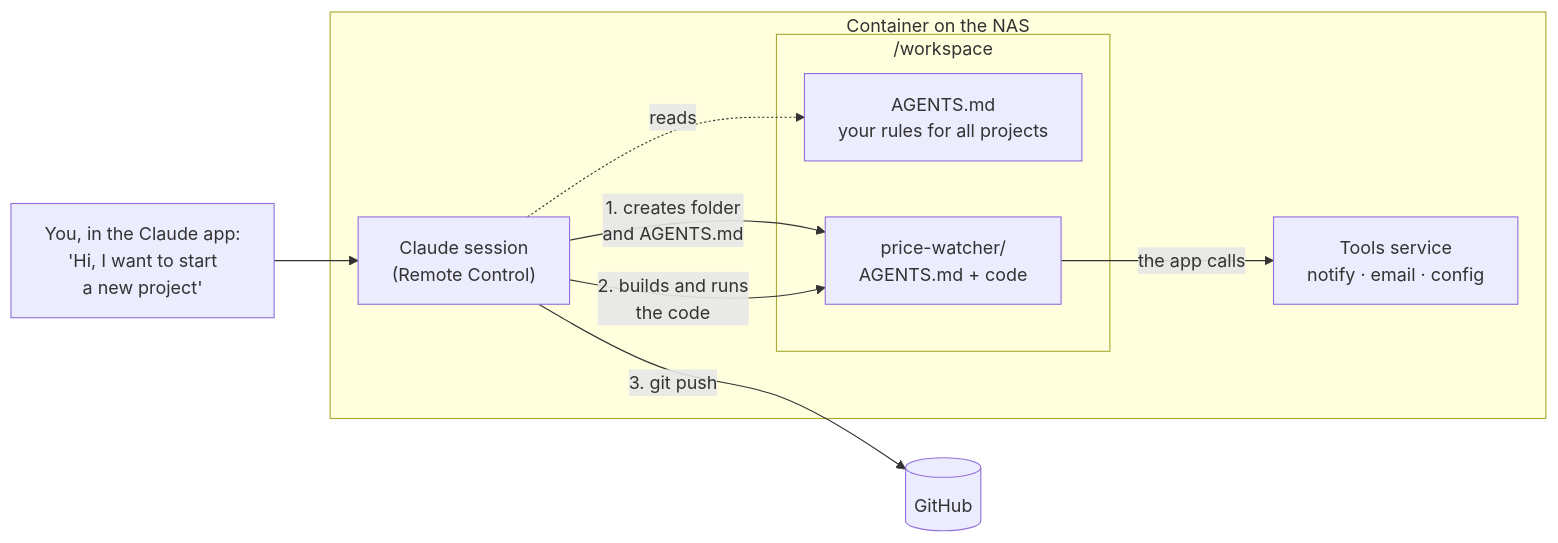
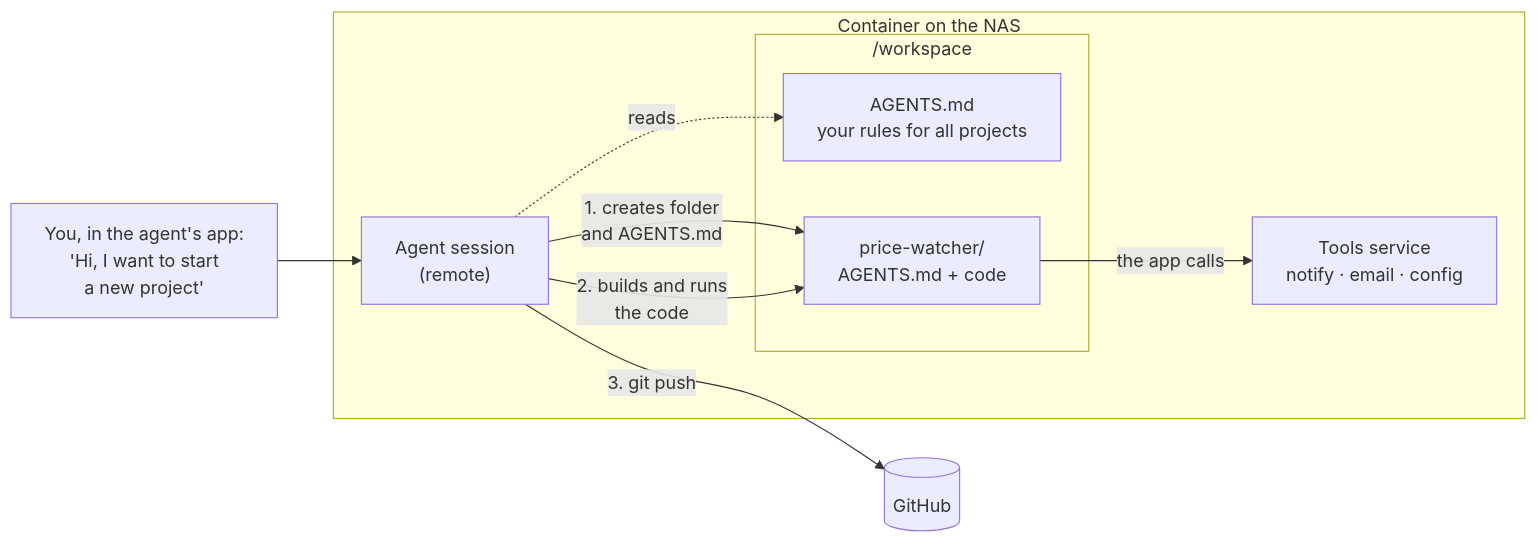
One commit to emilw/agent-container changed the diagram in README.md. Above: the diagram before and after it, drawn with Mermaid. The commit also changed other lines of this file and 3 other files, not shown here.

First line of the commit message:
Keep instructions agent-tool neutral; isolate the Claude Code parts

````diff
--- a/README.md
+++ b/README.md
@@ -72,19 +74,19 @@
 ```mermaid
 flowchart LR
-    you["You, in the Claude app:<br/>'Hi, I want to start<br/>a new project'"]
+    you["You, in the agent's app:<br/>'Hi, I want to start<br/>a new project'"]
     gh[("GitHub")]
     subgraph nas["Container on the NAS"]
-        claude["Claude session<br/>(Remote Control)"]
+        agent["Agent session<br/>(remote)"]
         tools["Tools service<br/>notify · email · config"]
         subgraph ws["/workspace"]
             rules["AGENTS.md<br/>your rules for all projects"]
             proj["price-watcher/<br/>AGENTS.md + code"]
         end
     end
-    you --> claude
-    claude -. reads .-> rules
-    claude -- "1. creates folder<br/>and AGENTS.md" --> proj
-    claude -- "2. builds and runs<br/>the code" --> proj
+    you --> agent
+    agent -. reads .-> rules
+    agent -- "1. creates folder<br/>and AGENTS.md" --> proj
+    agent -- "2. builds and runs<br/>the code" --> proj
     proj -- "the app calls" --> tools
-    claude -- "3. git push" --> gh
+    agent -- "3. git push" --> gh
 ```
````
